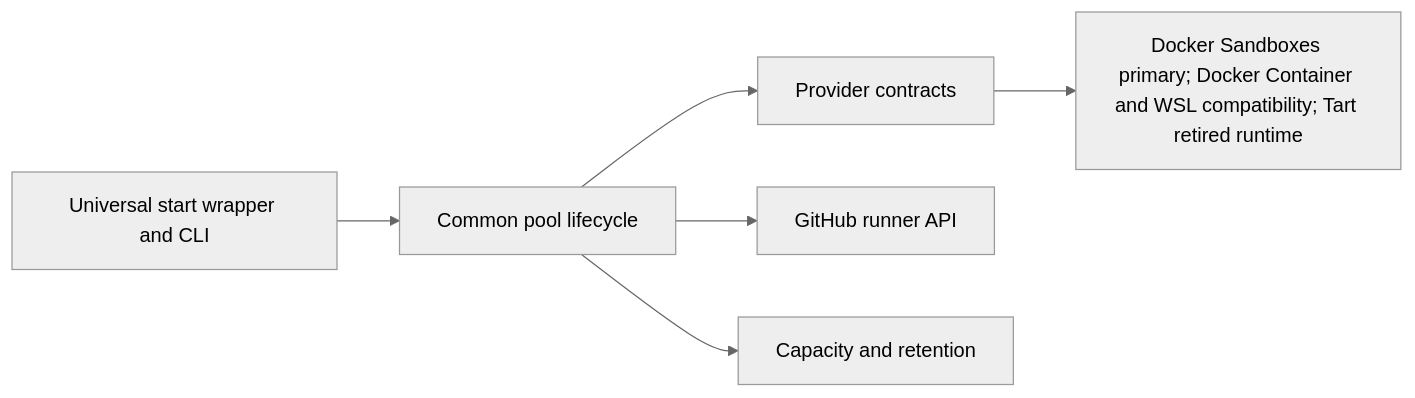
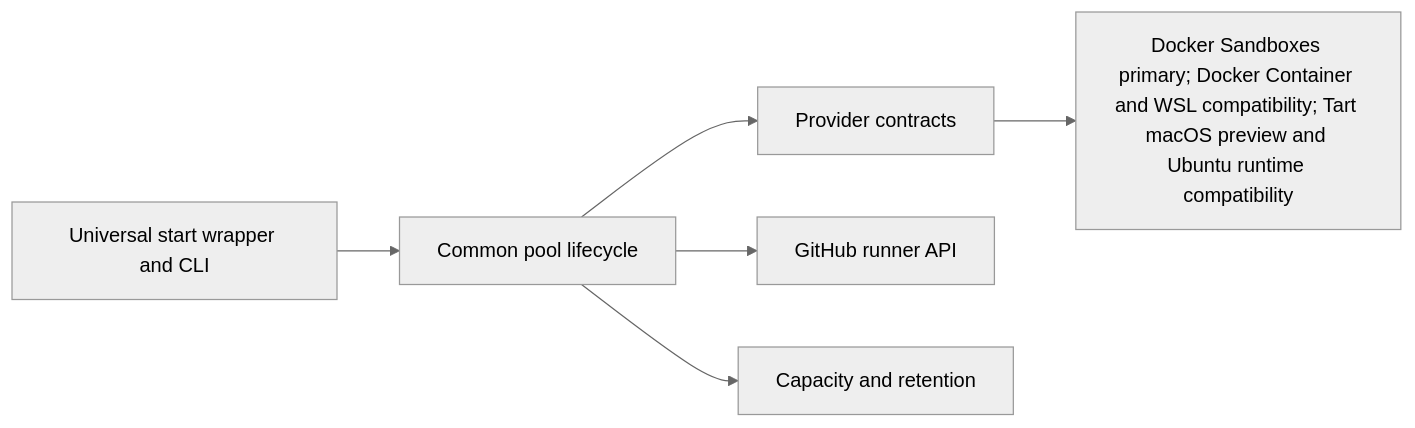
Before and after one commit to solutionforest/ephemeral-action-runner: the diagram in docs/development/design.md, drawn with Mermaid (neutral theme). The commit also changed 44 other files, not shown here.

Commit message:
feat(tart): support native macOS mobile runners

````diff
--- a/docs/development/design.md
+++ b/docs/development/design.md
@@ -5,8 +5,8 @@
 ```mermaid
 flowchart LR
   CLI["Universal start wrapper and CLI"] --> Pool["Common pool lifecycle"]
   Pool --> Provider["Provider contracts"]
   Pool --> GitHub["GitHub runner API"]
   Pool --> Storage["Capacity and retention"]
-  Provider --> Implementations["Docker Sandboxes primary; Docker Container and WSL compatibility; Tart retired runtime"]
+  Provider --> Implementations["Docker Sandboxes primary; Docker Container and WSL compatibility; Tart macOS preview and Ubuntu runtime compatibility"]
 ```
````
